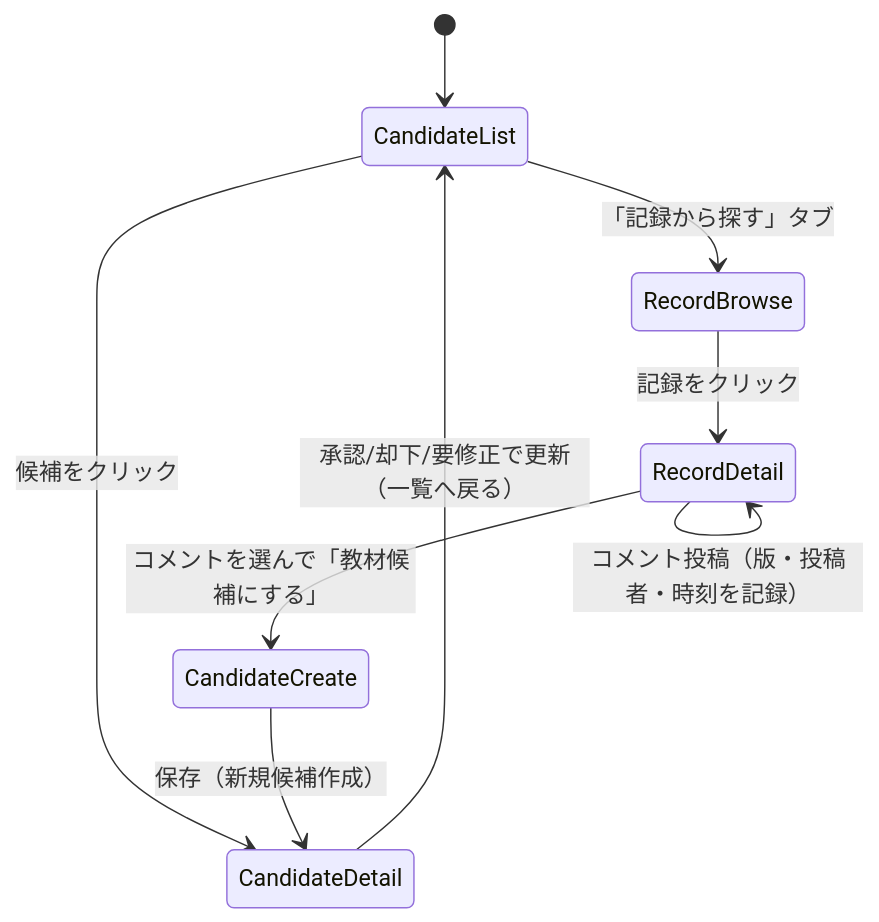
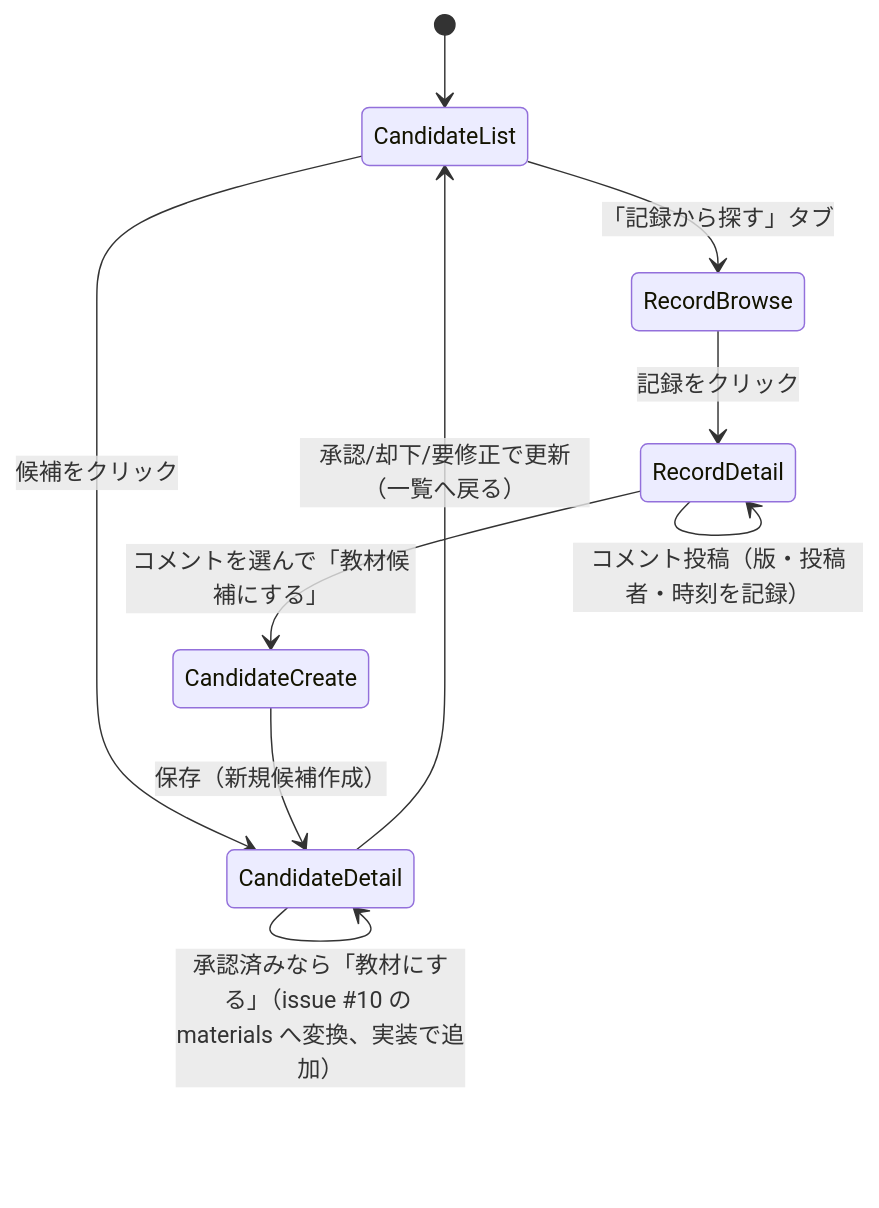
The tenth of 12 diagrams in docs/notes/2026-07-30-training-materials-db-schema-and-aws-infra.md (nichicom-c/wel-agents-poc), drawn with Mermaid before and after one commit. The commit also changed other lines of this file, not shown here.

First line of the commit message:
docs: mark issue #8/#9/#10 DB schema notes as implemented where applicable

````diff
--- a/docs/notes/2026-07-30-training-materials-db-schema-and-aws-infra.md
+++ b/docs/notes/2026-07-30-training-materials-db-schema-and-aws-infra.md
@@ -542,11 +558,12 @@
 ```mermaid
 stateDiagram-v2
   [*] --> CandidateList
   CandidateList --> CandidateDetail: 候補をクリック
   CandidateDetail --> CandidateList: 承認/却下/要修正で更新（一覧へ戻る）
+  CandidateDetail --> CandidateDetail: 承認済みなら「教材にする」（issue #10 の materials へ変換、実装で追加）
   CandidateList --> RecordBrowse: 「記録から探す」タブ
   RecordBrowse --> RecordDetail: 記録をクリック
   RecordDetail --> RecordDetail: コメント投稿（版・投稿者・時刻を記録）
   RecordDetail --> CandidateCreate: コメントを選んで「教材候補にする」
   CandidateCreate --> CandidateDetail: 保存（新規候補作成）
 ```
````
